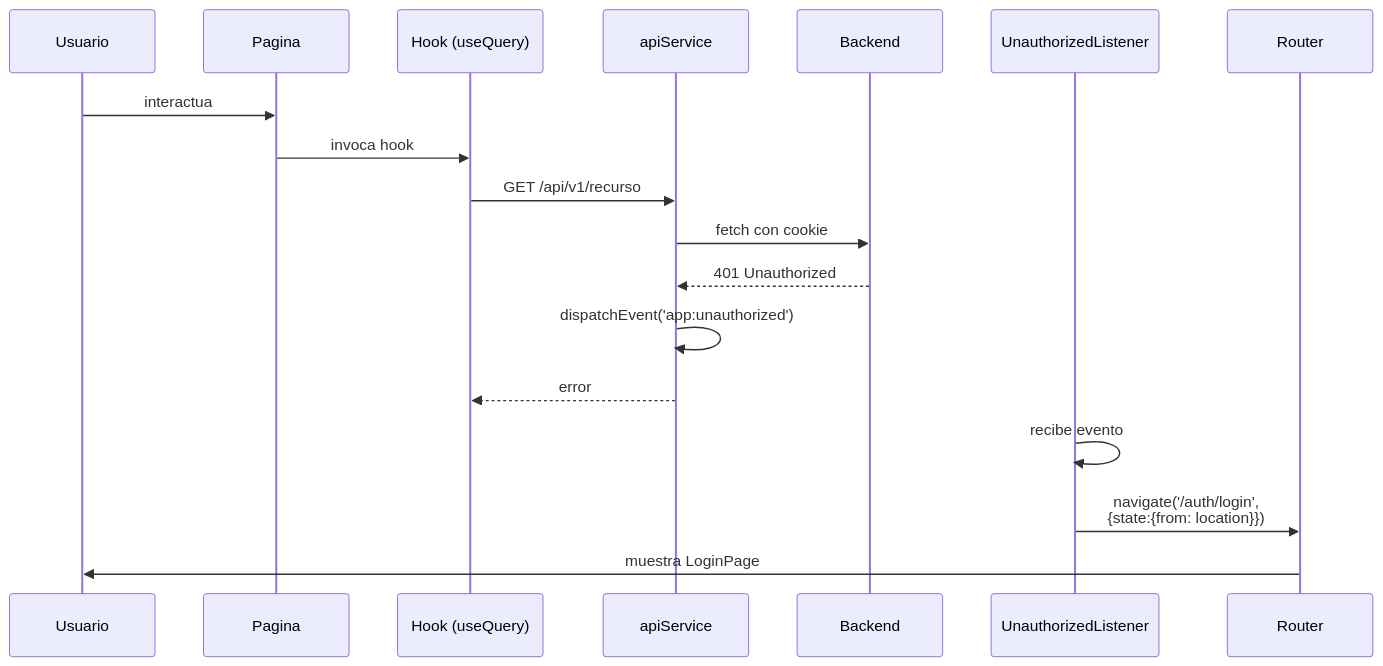
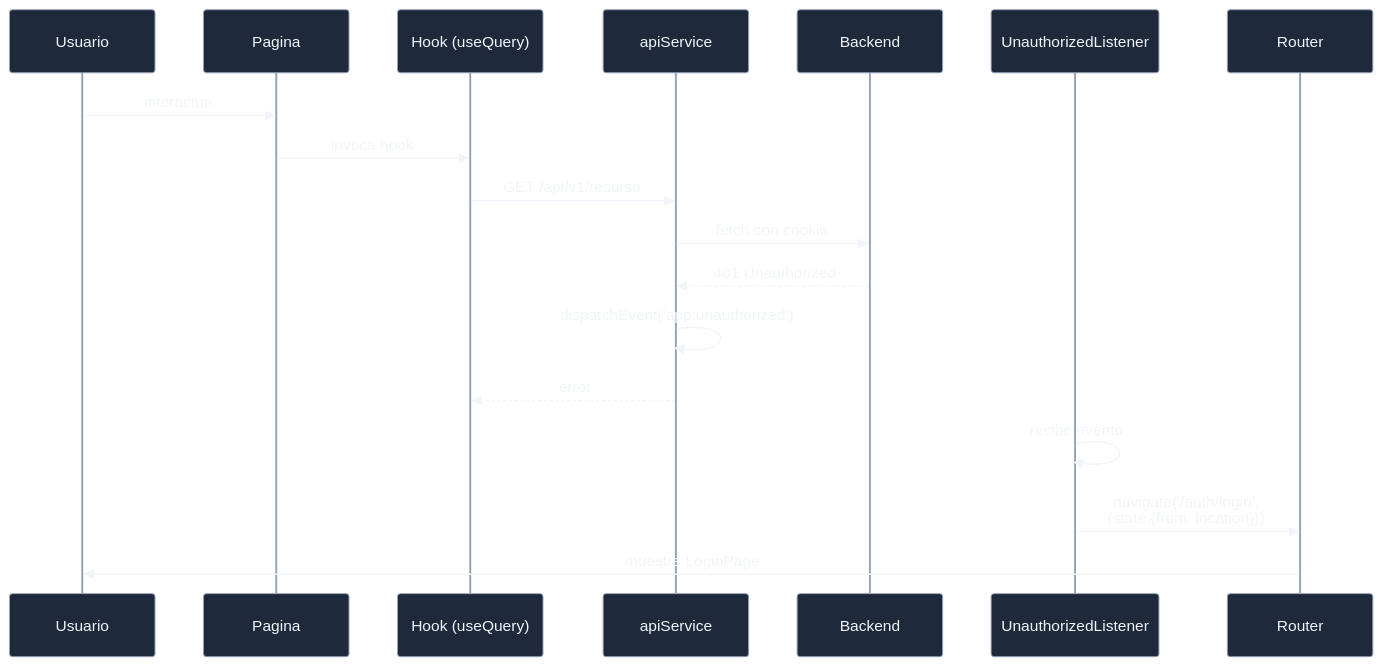
One commit to jcg-admin/template-ecommerce-ui changed the diagram in docs/conceptos-transversales/conceptos-transversales.md. Above: the diagram before and after it, drawn with Mermaid. The commit also changed 16 other files, not shown here.

First line of the commit message:
Apply dark Mermaid theme to 19 diagrams

````diff
--- a/docs/conceptos-transversales/conceptos-transversales.md
+++ b/docs/conceptos-transversales/conceptos-transversales.md
@@ -19,21 +19,31 @@
 ```mermaid
+%%{init: {'theme':'base', 'themeVariables': {
+  'background': '#0f172a',
+  'primaryColor': '#1e293b',
+  'primaryTextColor': '#f1f5f9',
+  'primaryBorderColor': '#94a3b8',
+  'lineColor': '#cbd5e1',
+  'secondaryColor': '#334155',
+  'tertiaryColor': '#1e3a8a',
+  'fontSize': '13px'
+}}}%%
 sequenceDiagram
-    participant U as Usuario
-    participant P as Pagina
-    participant H as Hook (useQuery)
-    participant S as apiService
-    participant B as Backend
-    participant L as UnauthorizedListener
-    participant R as Router
+    participant usuario as Usuario
+    participant pagina as Pagina
+    participant hook_usequery as Hook (useQuery)
+    participant api_service as apiService
+    participant backend as Backend
+    participant unauthorized_listener as UnauthorizedListener
+    participant router as Router
 
-    U->>P: interactua
-    P->>H: invoca hook
-    H->>S: GET /api/v1/recurso
-    S->>B: fetch con cookie
-    B-->>S: 401 Unauthorized
-    S->>S: dispatchEvent('app:unauthorized')
-    S-->>H: error
-    L->>L: recibe evento
-    L->>R: navigate('/auth/login',<br/>{state:{from: location}})
-    R->>U: muestra LoginPage
+    usuario->>pagina: interactua
+    pagina->>hook_usequery: invoca hook
+    hook_usequery->>api_service: GET /api/v1/recurso
+    api_service->>backend: fetch con cookie
+    backend-->>api_service: 401 Unauthorized
+    api_service->>api_service: dispatchEvent('app:unauthorized')
+    api_service-->>hook_usequery: error
+    unauthorized_listener->>unauthorized_listener: recibe evento
+    unauthorized_listener->>router: navigate('/auth/login',<br/>{state:{from: location}})
+    router->>usuario: muestra LoginPage
 ```
````
